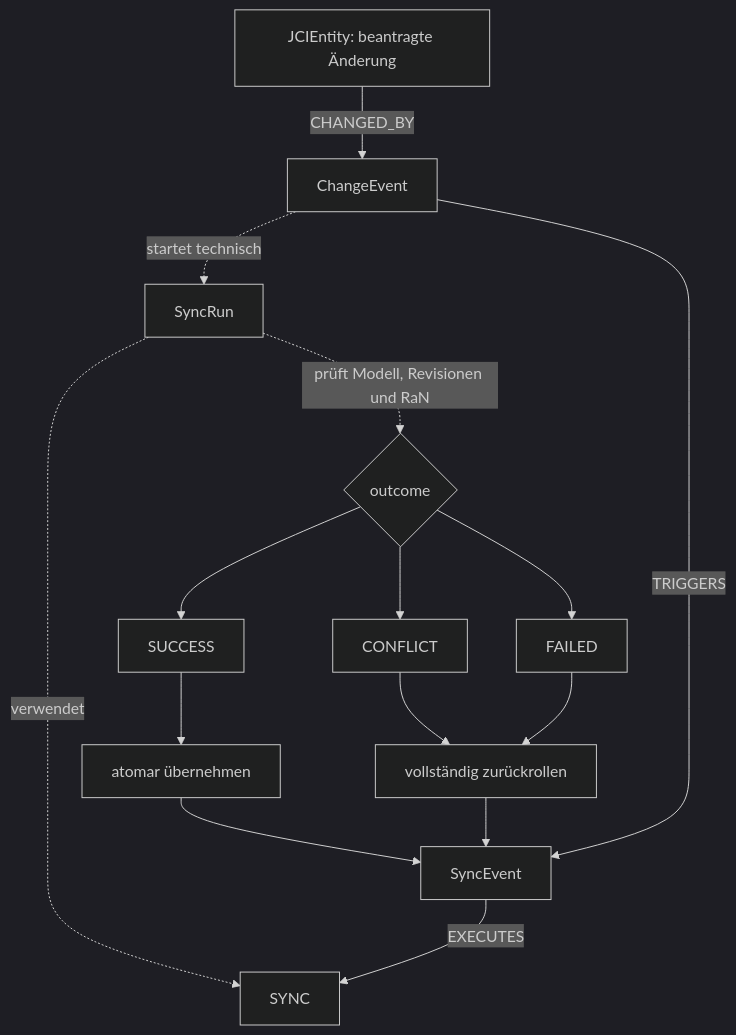
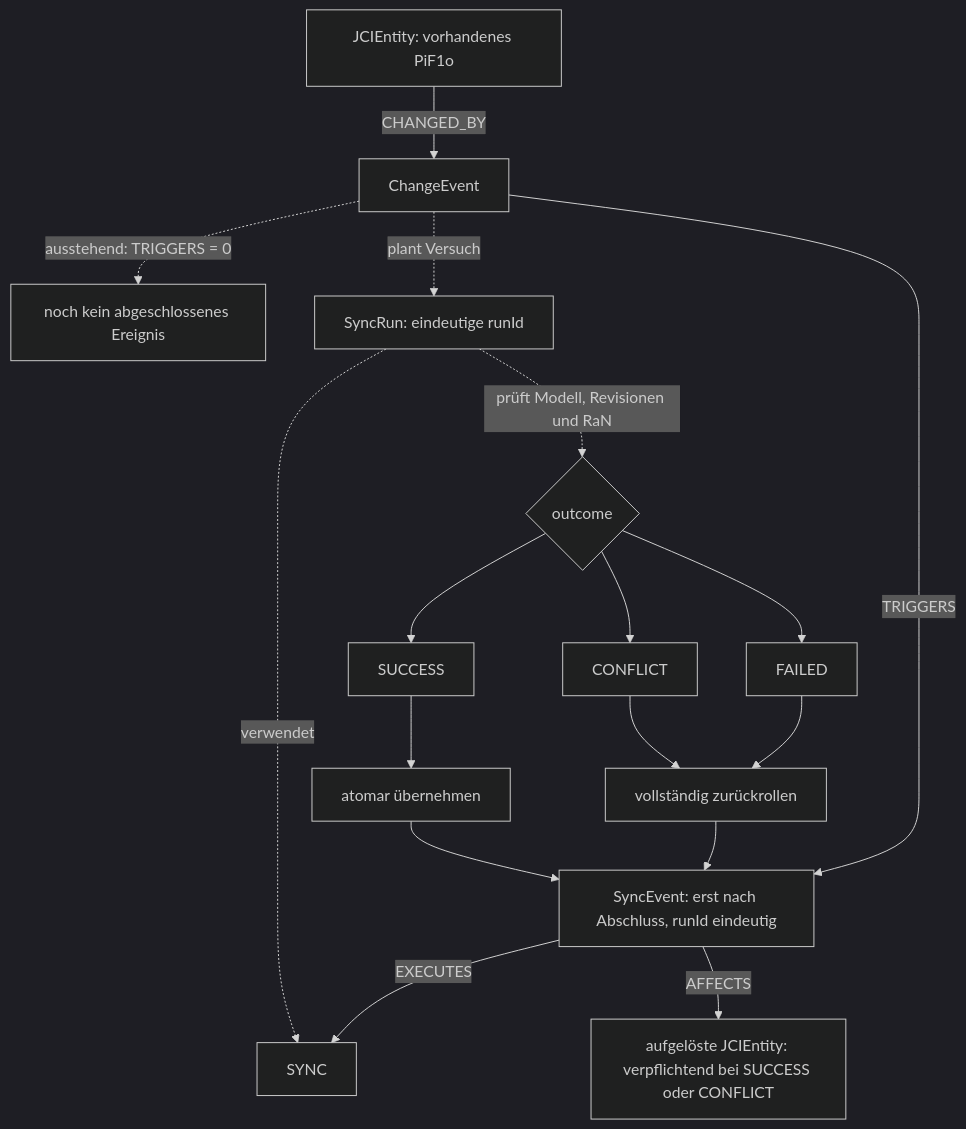
One commit to eeimicke/junaco-jci-loop changed the tenth of 12 diagrams in docs/guides/JCI_EXAMPLE.md. Above: the diagram before and after it, drawn with Mermaid (dark theme). The commit also changed other lines of this file and 29 other files, not shown here.

````diff
--- a/docs/guides/JCI_EXAMPLE.md
+++ b/docs/guides/JCI_EXAMPLE.md
@@ -230,17 +258,19 @@
 ```mermaid
 flowchart TD
-    Entity[JCIEntity: beantragte Änderung] -->|CHANGED_BY| ChangeEvent
-    ChangeEvent -. startet technisch .-> Run[SyncRun]
+    Entity[JCIEntity: vorhandenes PiF1o] -->|CHANGED_BY| ChangeEvent
+    ChangeEvent -. ausstehend: TRIGGERS = 0 .-> Pending[noch kein abgeschlossenes Ereignis]
+    ChangeEvent -. plant Versuch .-> Run[SyncRun: eindeutige runId]
     Run -. verwendet .-> Definition[SYNC]
     Run -. prüft Modell, Revisionen und RaN .-> Decision{outcome}
     Decision --> Success[SUCCESS]
     Decision --> Conflict[CONFLICT]
     Decision --> Failed[FAILED]
     Success --> Apply[atomar übernehmen]
     Conflict --> Rollback[vollständig zurückrollen]
     Failed --> Rollback
     Apply --> Event[SyncEvent]
     Rollback --> Event
-    ChangeEvent -->|TRIGGERS| Event
+    ChangeEvent -->|TRIGGERS| Event[SyncEvent: erst nach Abschluss, runId eindeutig]
     Event -->|EXECUTES| Definition
+    Event -->|AFFECTS| Affected[aufgelöste JCIEntity: verpflichtend bei SUCCESS oder CONFLICT]
 ```
````
